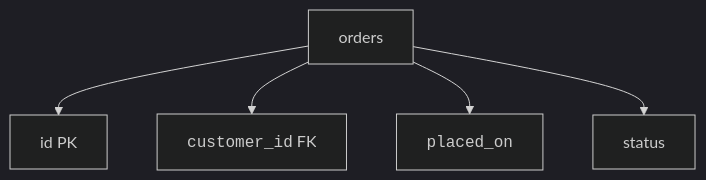
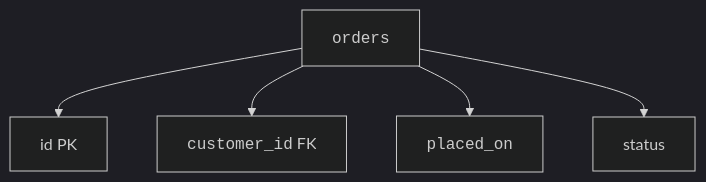
Before and after one commit to dataslope/dataslope: the third of 5 diagrams in content/learn/database-design-postgresql/reading-er-diagrams.mdx, drawn with Mermaid (dark theme). The commit also changed other lines of this file and 46 other files, not shown here.

First line of the commit message:
Wrap code in mermaid edge labels + entity/table names in DB diagrams

````diff
--- a/content/learn/database-design-postgresql/reading-er-diagrams.mdx
+++ b/content/learn/database-design-postgresql/reading-er-diagrams.mdx
@@ -72,7 +72,7 @@
 ```mermaid
 flowchart TB
-    Entity["orders"] --> ID["id PK"]
+    Entity["<code>orders</code>"] --> ID["id PK"]
     Entity --> CustomerID["<code>customer_id</code> FK"]
     Entity --> Placed["<code>placed_on</code>"]
     Entity --> Status["status"]
 ```
````
